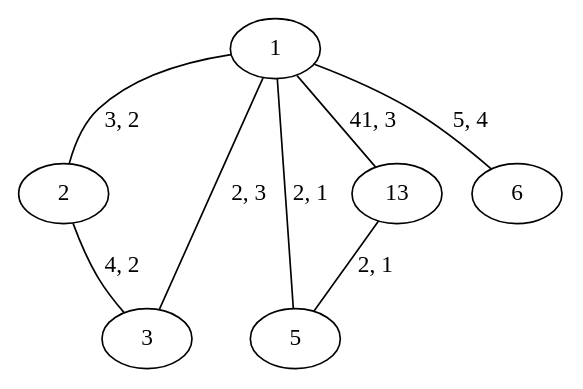
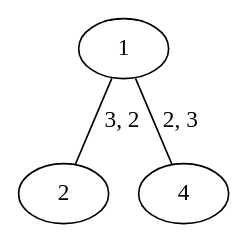
The diagram in alg_KURS/input.dot (IlyaFedoroff/alg_KURS), drawn with Graphviz before and after one commit. The commit also changed 18 other files, not shown here.

```diff
--- a/alg_KURS/input.dot
+++ b/alg_KURS/input.dot
@@ -1,9 +1,4 @@
 graph G {
   1 -- 2 [label="3, 2"];
-  1 -- 3 [label="2, 3"];
-  1 -- 5 [label="2, 1"];
-  1 -- 13 [label="41, 3"];
-  1 -- 6 [label="5, 4"];
-  2 -- 3 [label="4, 2"];
-  13 -- 5 [label="2, 1"];
+  1 -- 4 [label="2, 3"];
 }
```
